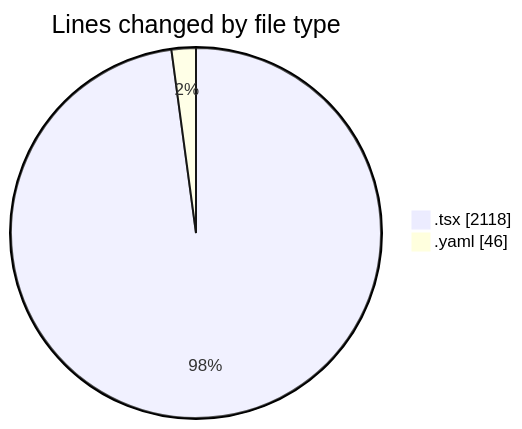
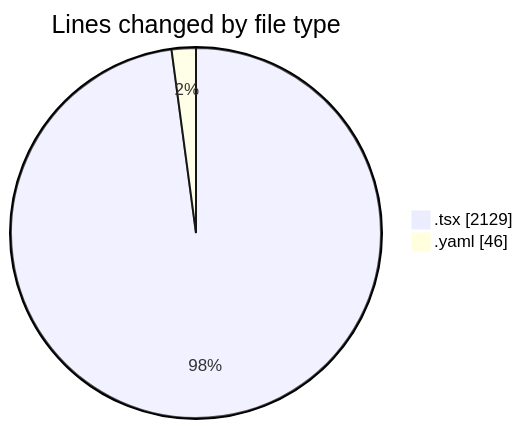
One commit to momahboobian/code-tracking changed the first of 2 diagrams in 2025-11-20/cda/README.md. Above: the diagram before and after it, drawn with Mermaid. The commit also changed other lines of this file and 1 other file, not shown here.

````diff
--- a/2025-11-20/cda/README.md
+++ b/2025-11-20/cda/README.md
@@ -30,6 +30,6 @@
 ```mermaid
 pie showData
 title Lines changed by file type
-".tsx" : 2118
+".tsx" : 2129
 ".yaml" : 46
 ```
````
